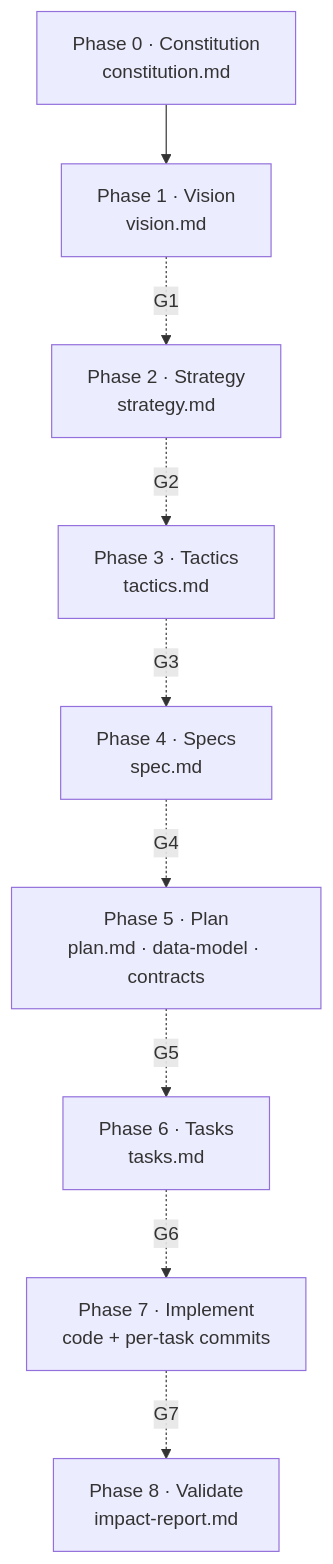
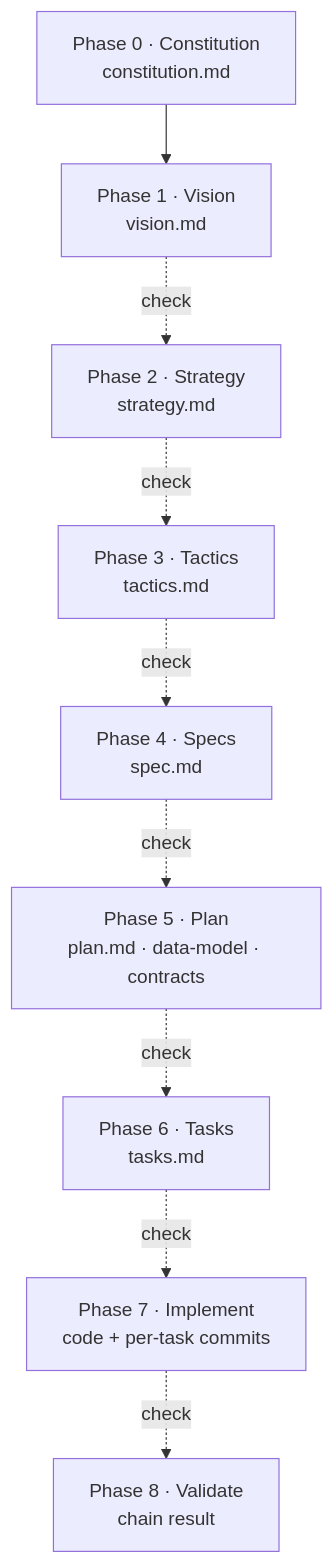
The second of 4 diagrams in README.md (simonmak-ascent/vision-driven-design), drawn with Mermaid before and after one commit. The commit also changed other lines of this file and 38 other files, not shown here.

````diff
--- a/README.md
+++ b/README.md
@@ -114,11 +110,11 @@
 ```mermaid
 flowchart TB
     C["Phase 0 · Constitution<br/>constitution.md"] --> V["Phase 1 · Vision<br/>vision.md"]
-    V -.->|G1| S["Phase 2 · Strategy<br/>strategy.md"]
-    S -.->|G2| T["Phase 3 · Tactics<br/>tactics.md"]
-    T -.->|G3| SP["Phase 4 · Specs<br/>spec.md"]
-    SP -.->|G4| PL["Phase 5 · Plan<br/>plan.md · data-model · contracts"]
-    PL -.->|G5| TK["Phase 6 · Tasks<br/>tasks.md"]
-    TK -.->|G6| I["Phase 7 · Implement<br/>code + per-task commits"]
-    I -.->|G7| VA["Phase 8 · Validate<br/>impact-report.md"]
+    V -.->|check| S["Phase 2 · Strategy<br/>strategy.md"]
+    S -.->|check| T["Phase 3 · Tactics<br/>tactics.md"]
+    T -.->|check| SP["Phase 4 · Specs<br/>spec.md"]
+    SP -.->|check| PL["Phase 5 · Plan<br/>plan.md · data-model · contracts"]
+    PL -.->|check| TK["Phase 6 · Tasks<br/>tasks.md"]
+    TK -.->|check| I["Phase 7 · Implement<br/>code + per-task commits"]
+    I -.->|check| VA["Phase 8 · Validate<br/>chain result"]
 ```
````
